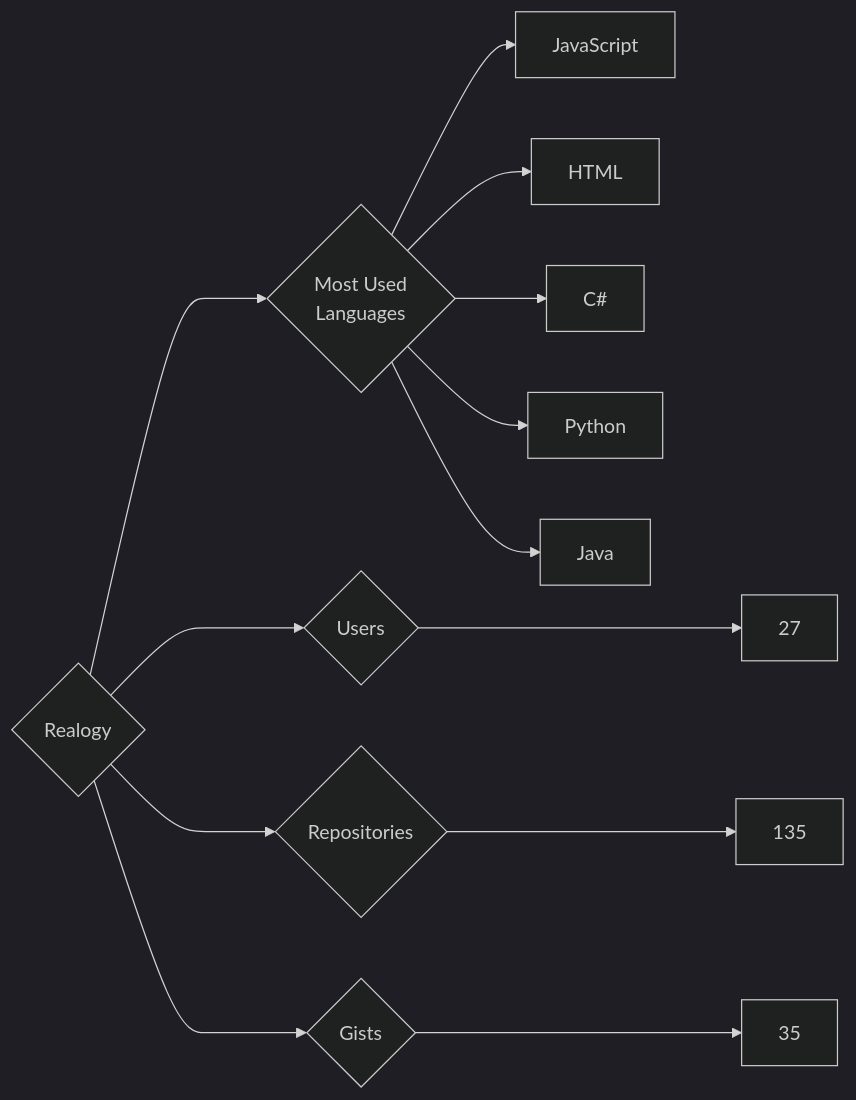
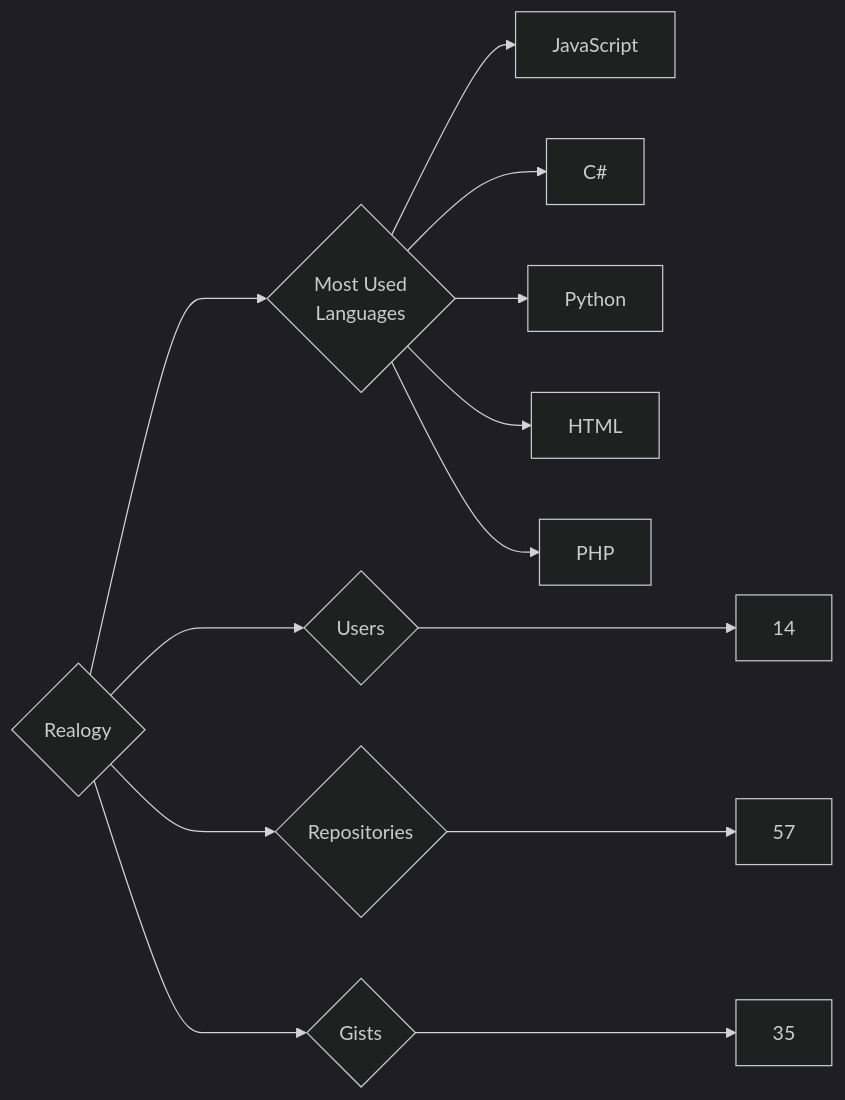
The diagram in targets/Realogy/README.md (trickest/insiders), drawn with Mermaid (dark theme) before and after one commit. The commit also changed 823 other files, not shown here.

````diff
--- a/targets/Realogy/README.md
+++ b/targets/Realogy/README.md
@@ -3,13 +3,13 @@
 ```mermaid
 graph LR
 COMPANY_NAME{Realogy}
-COMPANY_NAME ---> U{Users} ---> UN[27]
-COMPANY_NAME ---> R{Repositories} ---> RN[135]
+COMPANY_NAME ---> U{Users} ---> UN[14]
+COMPANY_NAME ---> R{Repositories} ---> RN[57]
 COMPANY_NAME ---> G{Gists} ---> GN[35]
 COMPANY_NAME ---> ML{Most Used<br>Languages}
 ML --> JavaScript[JavaScript]
-ML --> HTML[HTML]
 ML --> C#[C#]
 ML --> Python[Python]
-ML --> Java[Java]
+ML --> HTML[HTML]
+ML --> PHP[PHP]
 ```
````
